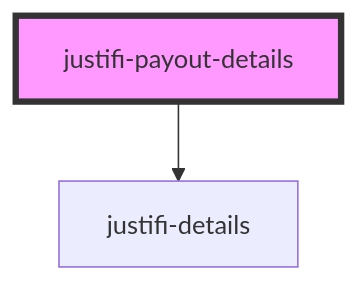
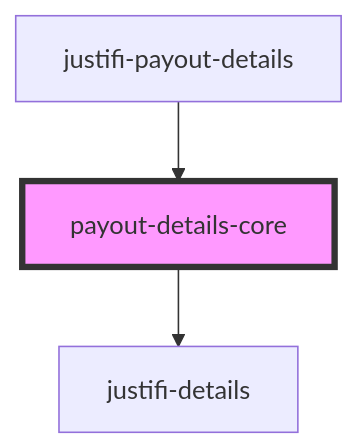
The diagram in packages/webcomponents/src/components/payout-details/readme.md (justifi-tech/web-component-library), drawn with Mermaid before and after one commit. The commit also changed other lines of this file and 33 other files, not shown here.

Commit message:
Separate business-form-stepped into new directory, delete unused schema files

````diff
--- a/packages/webcomponents/src/components/payout-details/readme.md
+++ b/packages/webcomponents/src/components/payout-details/readme.md
@@ -23,5 +26,6 @@
 ```mermaid
 graph TD;
-  justifi-payout-details --> justifi-details
-  style justifi-payout-details fill:#f9f,stroke:#333,stroke-width:4px
+  payout-details-core --> justifi-details
+  justifi-payout-details --> payout-details-core
+  style payout-details-core fill:#f9f,stroke:#333,stroke-width:4px
 ```
````
